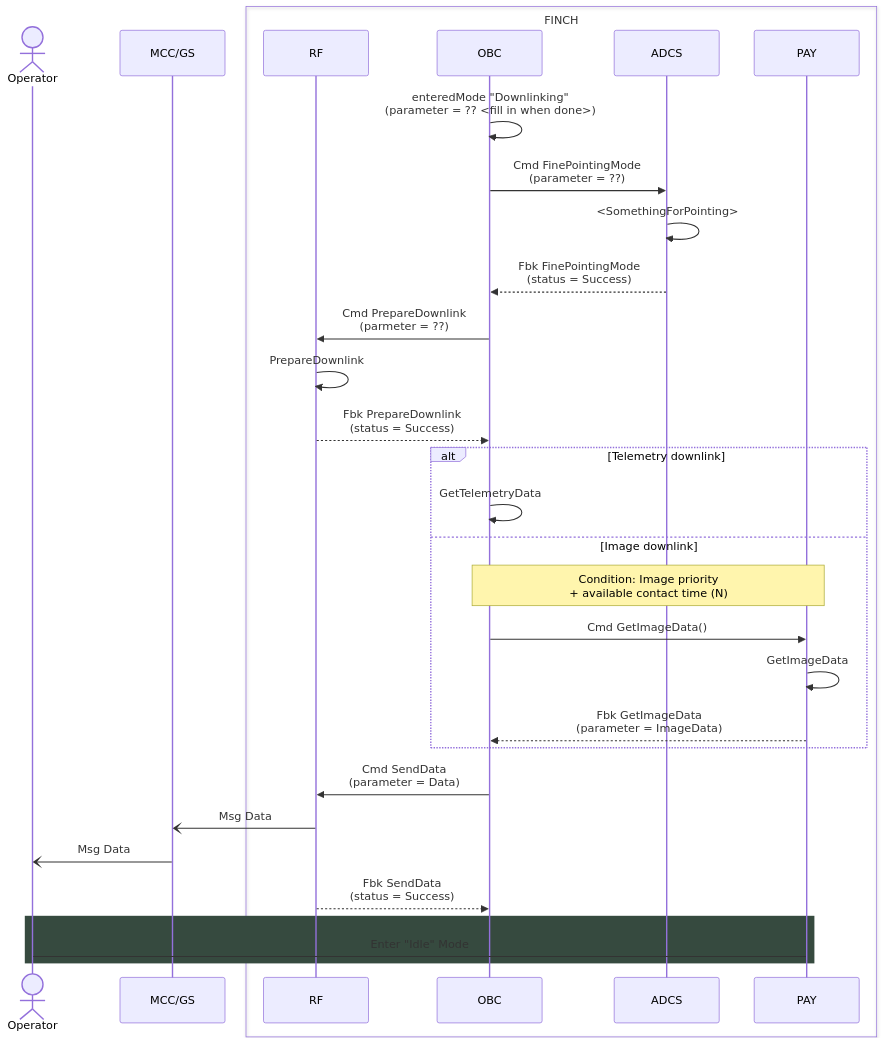
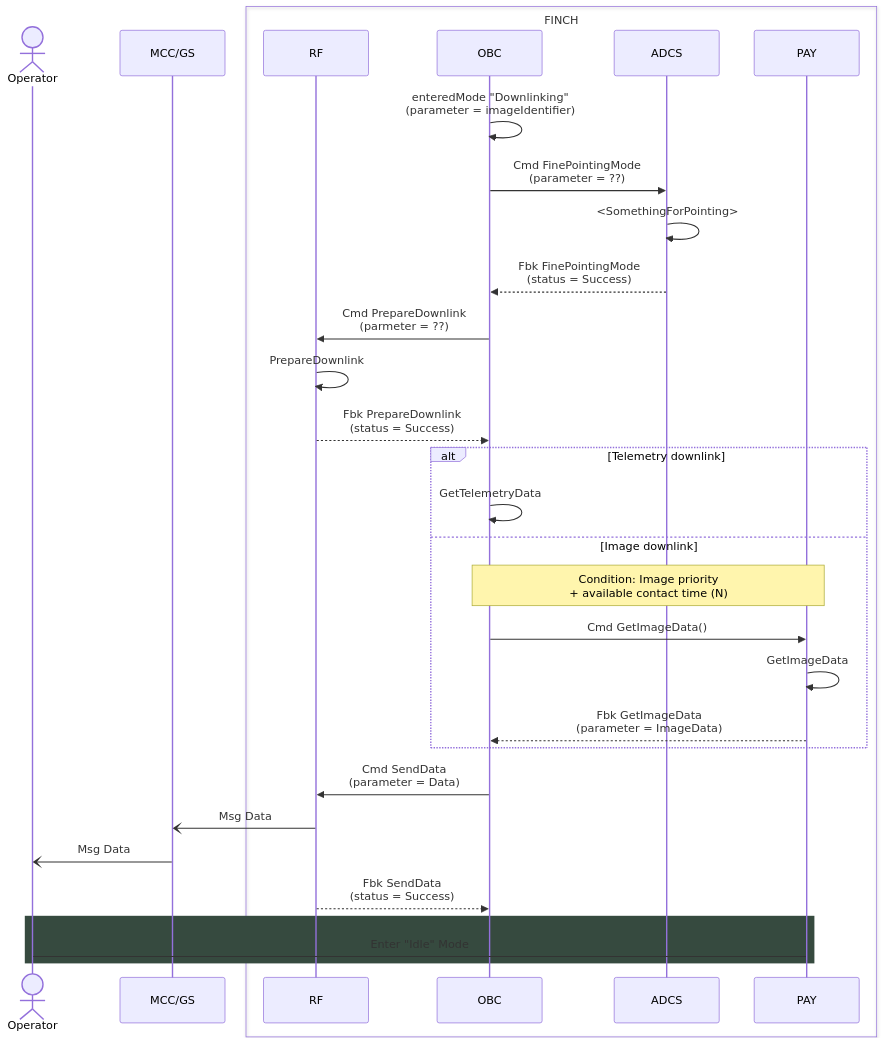
Before and after one commit to Addy-lit/FINCH-system-architecture: the diagram in command sequences/downlinking-command.md, drawn with Mermaid.

````diff
--- a/command sequences/downlinking-command.md
+++ b/command sequences/downlinking-command.md
@@ -2,44 +2,44 @@
 ```mermaid
 
 sequenceDiagram
 
     actor Operator
     participant MCC/GS
     box FINCH
         participant RF
         participant OBC
         participant ADCS
         participant PAY
     end
 
-    OBC ->> OBC: enteredMode "Downlinking" <br> (parameter = ?? <fill in when done>)
+    OBC ->> OBC: enteredMode "Downlinking" <br> (parameter = imageIdentifier)
 
         OBC ->> ADCS: Cmd FinePointingMode <br> (parameter = ??)
         ADCS ->> ADCS: <SomethingForPointing>
         ADCS -->> OBC: Fbk FinePointingMode <br> (status = Success)
 
         OBC ->> RF: Cmd PrepareDownlink <br> (parmeter = ??)
         RF ->> RF: PrepareDownlink
         RF -->> OBC: Fbk PrepareDownlink <br> (status = Success)
 
         alt Telemetry downlink
             OBC ->> OBC: GetTelemetryData
         else Image downlink
             note over OBC,PAY: Condition: Image priority <br> + available contact time (N)
             OBC ->> PAY: Cmd GetImageData()
             PAY ->> PAY: GetImageData
             PAY -->> OBC: Fbk GetImageData <br> (parameter = ImageData)
         end
 
         OBC ->> RF: Cmd SendData <br> (parameter = Data)
         RF -) MCC/GS: Msg Data
 
             MCC/GS -) Operator: Msg Data
             RF -->> OBC: Fbk SendData <br> (status = Success)
 
 
         rect rgb(54,74,63)
 	        Operator -> PAY: Enter "Idle" Mode
         end
 
 ```
````
